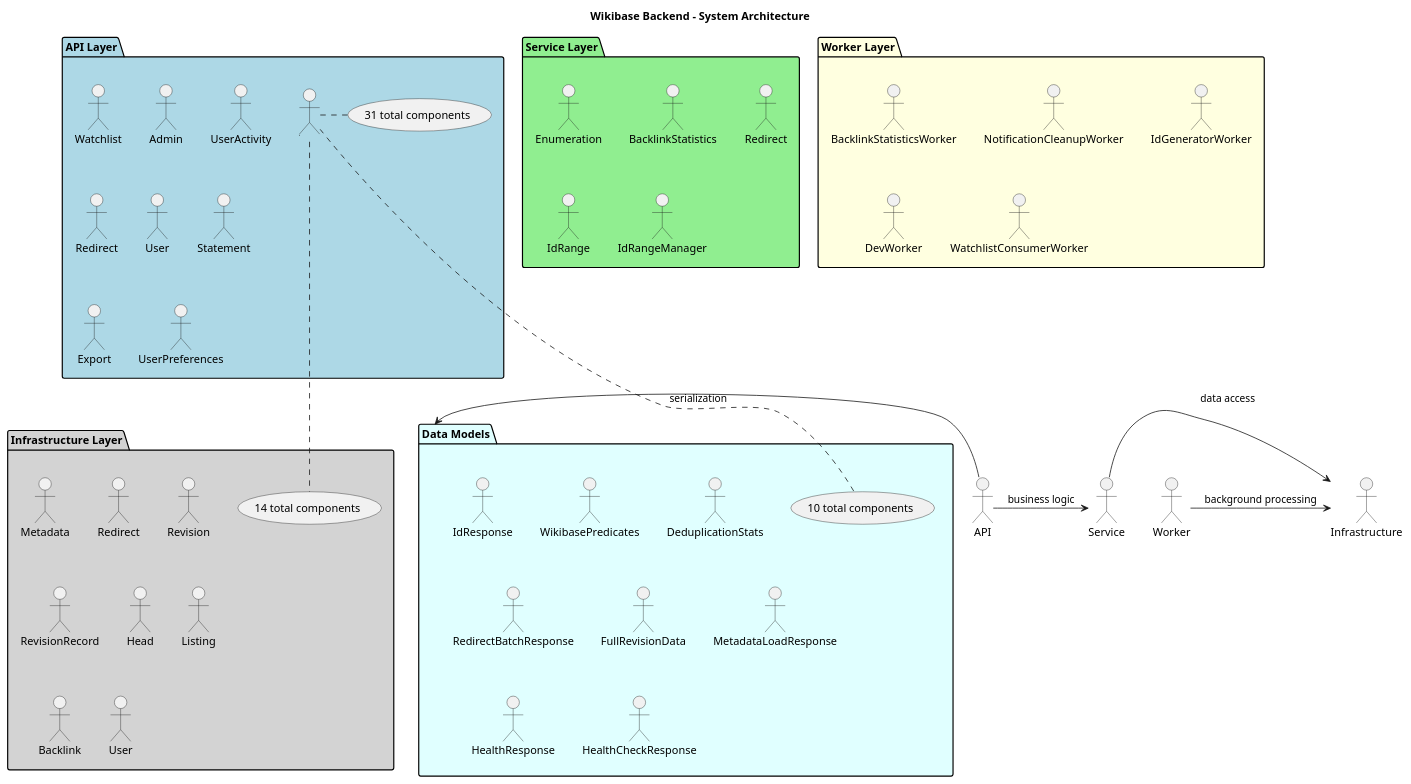
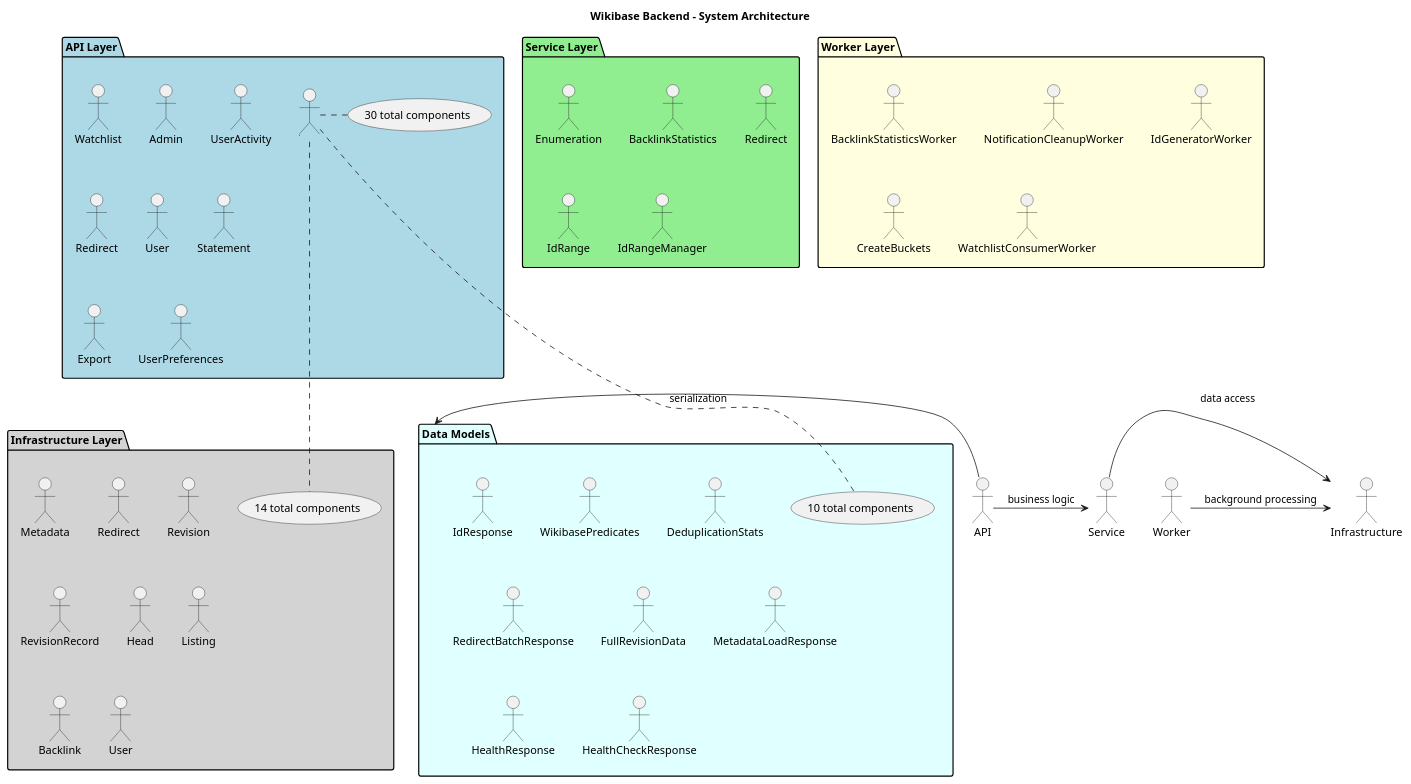
Before and after one commit to dpriskorn/entitybase-backend: the diagram in doc/DIAGRAMS/system_architecture.puml, drawn with PlantUML. The commit also changed 17 other files, not shown here.

```diff
--- a/doc/DIAGRAMS/system_architecture.puml
+++ b/doc/DIAGRAMS/system_architecture.puml
@@ -1,64 +1,64 @@
 @startuml System Architecture
 
 title Wikibase Backend - System Architecture
 
 package "API Layer" as APILayer #LightBlue {
     "Watchlist" as WatchlistHandler
     "Admin" as AdminHandler
     "UserActivity" as UserActivityHandler
     "Redirect" as RedirectHandler
     "User" as UserHandler
     "Statement" as StatementHandler
     "Export" as ExportHandler
     "UserPreferences" as UserPreferencesHandler
-    ... (31 total components)
+    ... (30 total components)
 }
 
 package "Service Layer" as ServiceLayer #LightGreen {
     "Enumeration" as EnumerationService
     "BacklinkStatistics" as BacklinkStatisticsService
     "Redirect" as RedirectService
     "IdRange" as IdRange
     "IdRangeManager" as IdRangeManager
 }
 
 package "Worker Layer" as WorkerLayer #LightYellow {
     "BacklinkStatisticsWorker" as BacklinkStatisticsWorker
     "NotificationCleanupWorker" as NotificationCleanupWorker
     "IdGeneratorWorker" as IdGeneratorWorker
-    "DevWorker" as DevWorker
+    "CreateBuckets" as CreateBuckets
     "WatchlistConsumerWorker" as WatchlistConsumerWorker
 }
 
 package "Infrastructure Layer" as InfrastructureLayer #LightGray {
     "Metadata" as MetadataRepository
     "Redirect" as RedirectRepository
     "Revision" as RevisionRepository
     "RevisionRecord" as RevisionRecord
     "Head" as HeadRepository
     "Listing" as ListingRepository
     "Backlink" as BacklinkRepository
     "User" as UserRepository
     ... (14 total components)
 }
 
 package "Data Models" as DataModels #LightCyan {
     "IdResponse" as IdResponse
     "WikibasePredicates" as WikibasePredicates
     "DeduplicationStats" as DeduplicationStats
     "RedirectBatchResponse" as RedirectBatchResponse
     "FullRevisionData" as FullRevisionData
     "MetadataLoadResponse" as MetadataLoadResponse
     "HealthResponse" as HealthResponse
     "HealthCheckResponse" as HealthCheckResponse
     ... (10 total components)
 }
 
 
 ' Relationships
 API -> Service : business logic
 Service -> Infrastructure : data access
 Worker -> Infrastructure : background processing
 API -> DataModels : serialization
 
 @enduml
```
